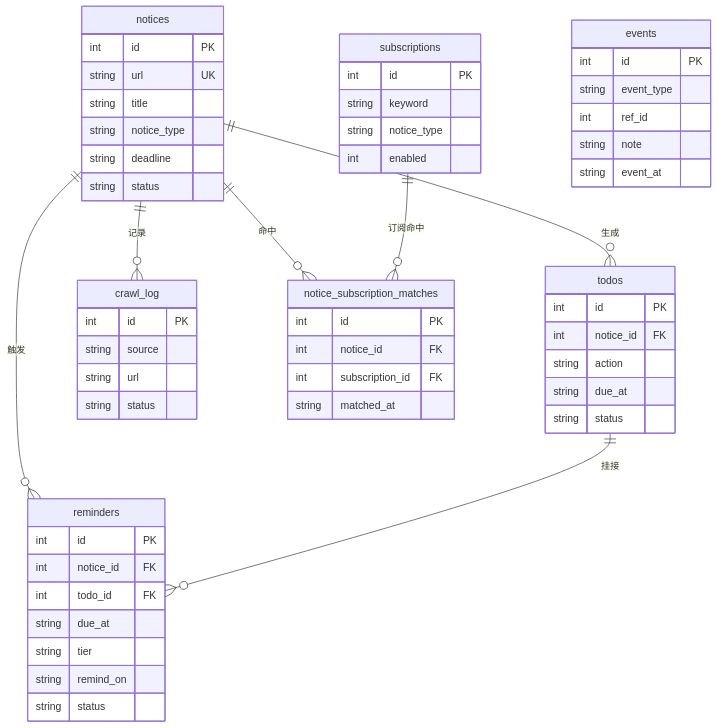
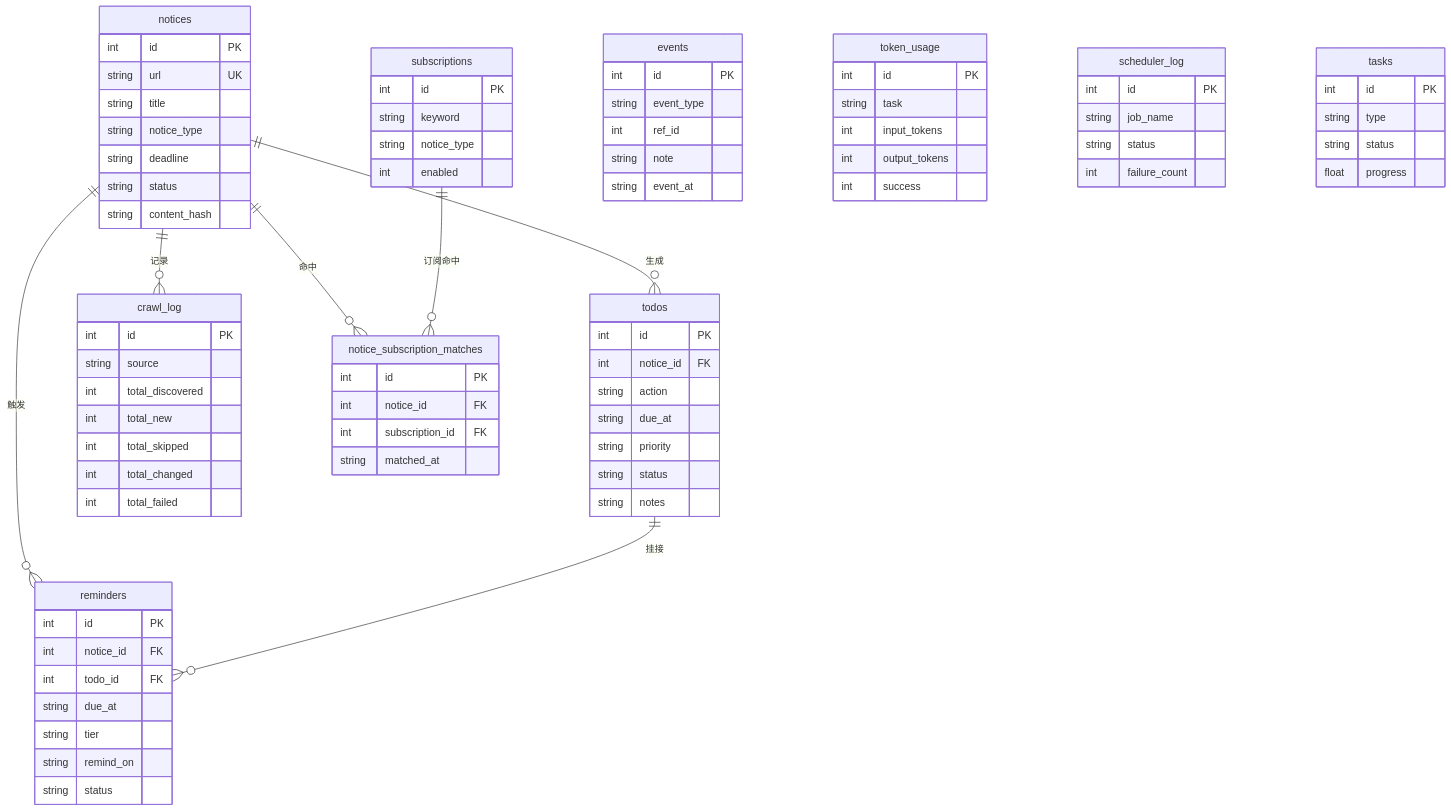
The diagram in docs/DATA-MODEL.md (HLGZJY/campus_notice_assistant_v2), drawn with Mermaid before and after one commit. The commit also changed other lines of this file and 7 other files, not shown here.

````diff
--- a/docs/DATA-MODEL.md
+++ b/docs/DATA-MODEL.md
@@ -294,13 +386,16 @@
         string notice_type
         string deadline
         string status
+        string content_hash
     }
     todos {
         int id PK
         int notice_id FK
         string action
         string due_at
+        string priority
         string status
+        string notes
     }
     subscriptions {
         int id PK
@@ -326,8 +421,11 @@
     crawl_log {
         int id PK
         string source
-        string url
-        string status
+        int total_discovered
+        int total_new
+        int total_skipped
+        int total_changed
+        int total_failed
     }
     events {
         int id PK
@@ -336,4 +434,23 @@
         string note
         string event_at
     }
+    token_usage {
+        int id PK
+        string task
+        int input_tokens
+        int output_tokens
+        int success
+    }
+    scheduler_log {
+        int id PK
+        string job_name
+        string status
+        int failure_count
+    }
+    tasks {
+        int id PK
+        string type
+        string status
+        float progress
+    }
 ```
````
